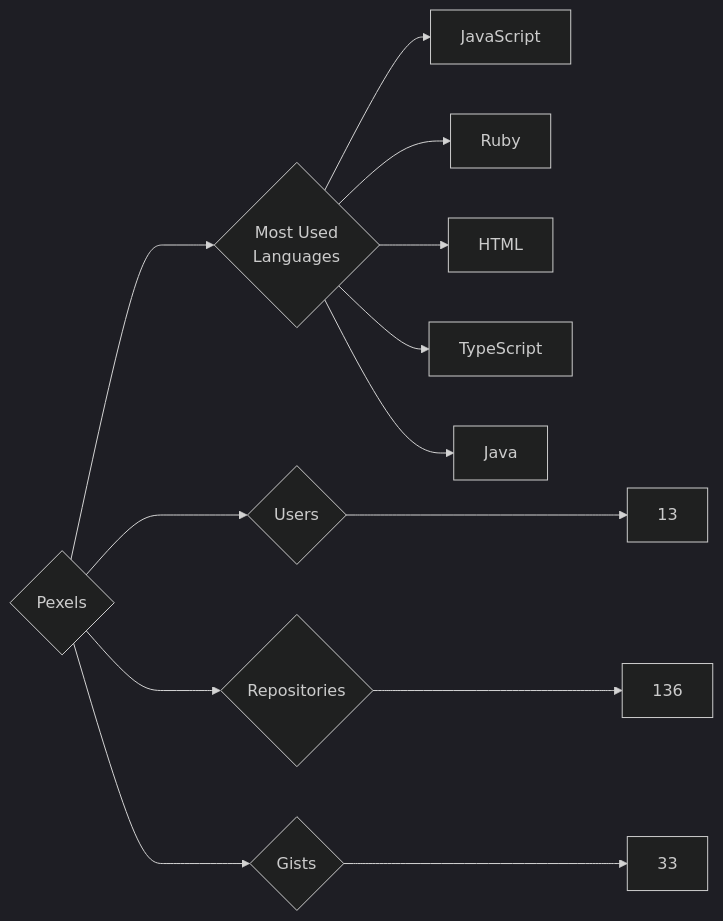
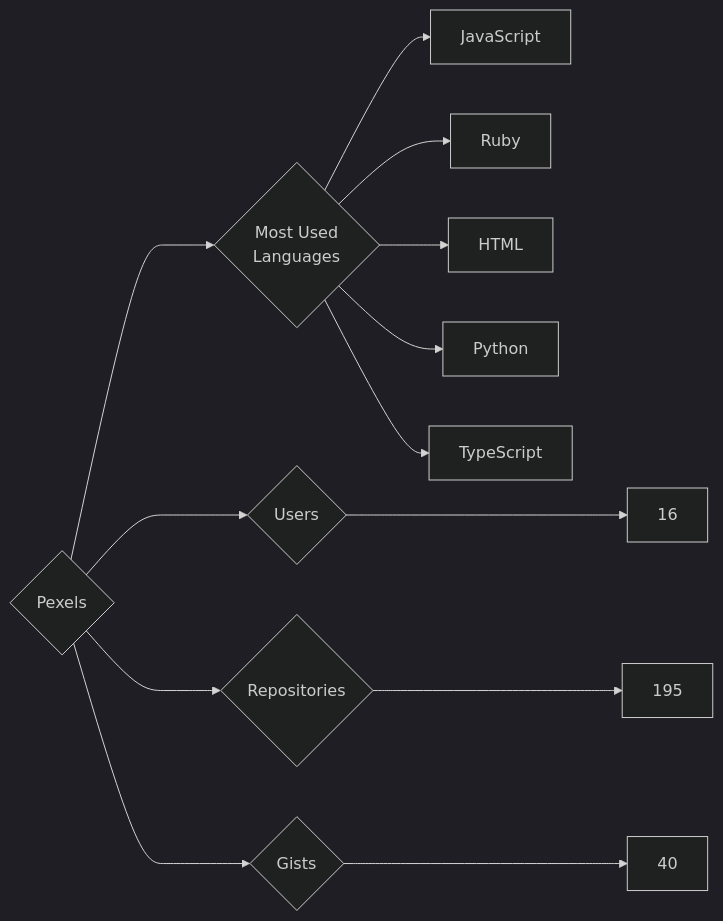
One commit to trickest/insiders changed the diagram in targets/Pexels/README.md. Above: the diagram before and after it, drawn with Mermaid (dark theme). The commit also changed 1508 other files, not shown here.

````diff
--- a/targets/Pexels/README.md
+++ b/targets/Pexels/README.md
@@ -3,13 +3,13 @@
 ```mermaid
 graph LR
 COMPANY_NAME{Pexels}
-COMPANY_NAME ---> U{Users} ---> UN[13]
-COMPANY_NAME ---> R{Repositories} ---> RN[136]
-COMPANY_NAME ---> G{Gists} ---> GN[33]
+COMPANY_NAME ---> U{Users} ---> UN[16]
+COMPANY_NAME ---> R{Repositories} ---> RN[195]
+COMPANY_NAME ---> G{Gists} ---> GN[40]
 COMPANY_NAME ---> ML{Most Used<br>Languages}
 ML --> JavaScript[JavaScript]
 ML --> Ruby[Ruby]
 ML --> HTML[HTML]
+ML --> Python[Python]
 ML --> TypeScript[TypeScript]
-ML --> Java[Java]
 ```
````
